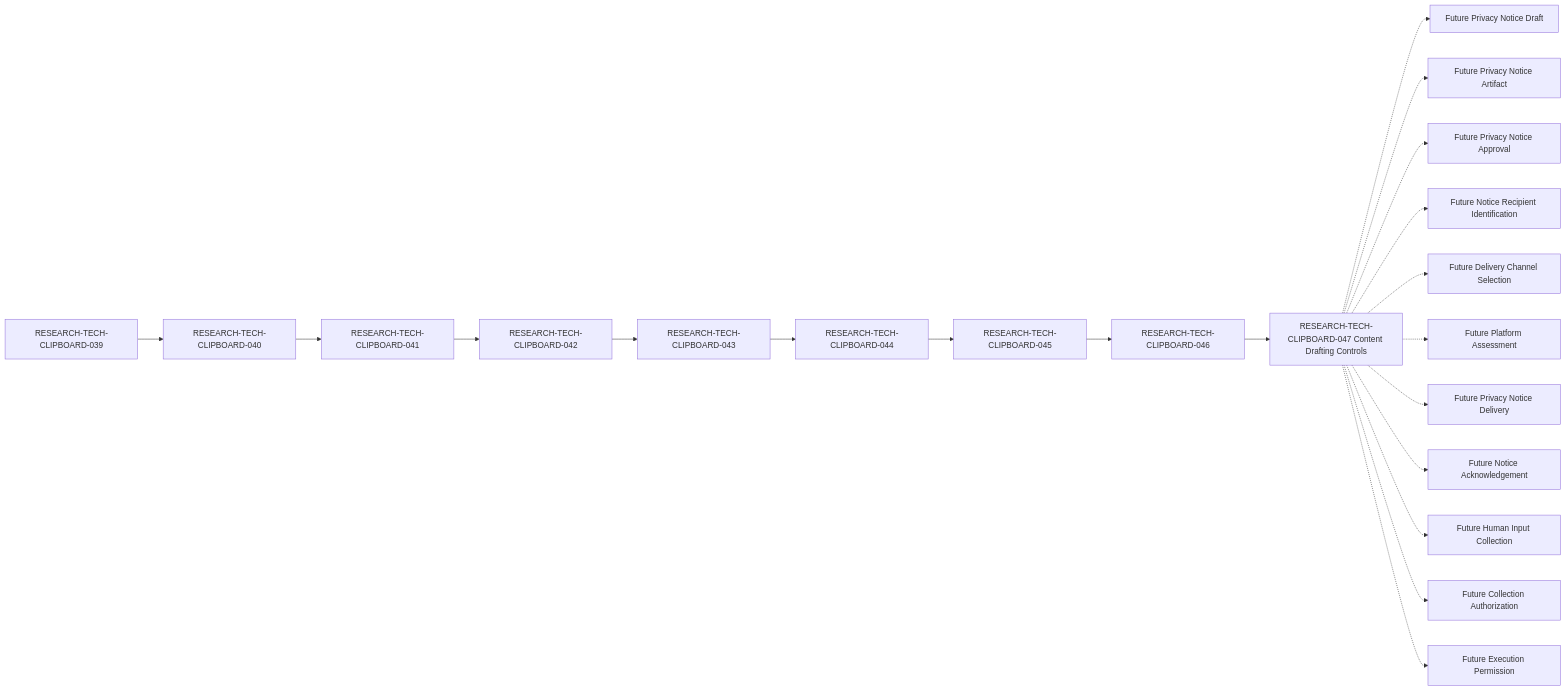
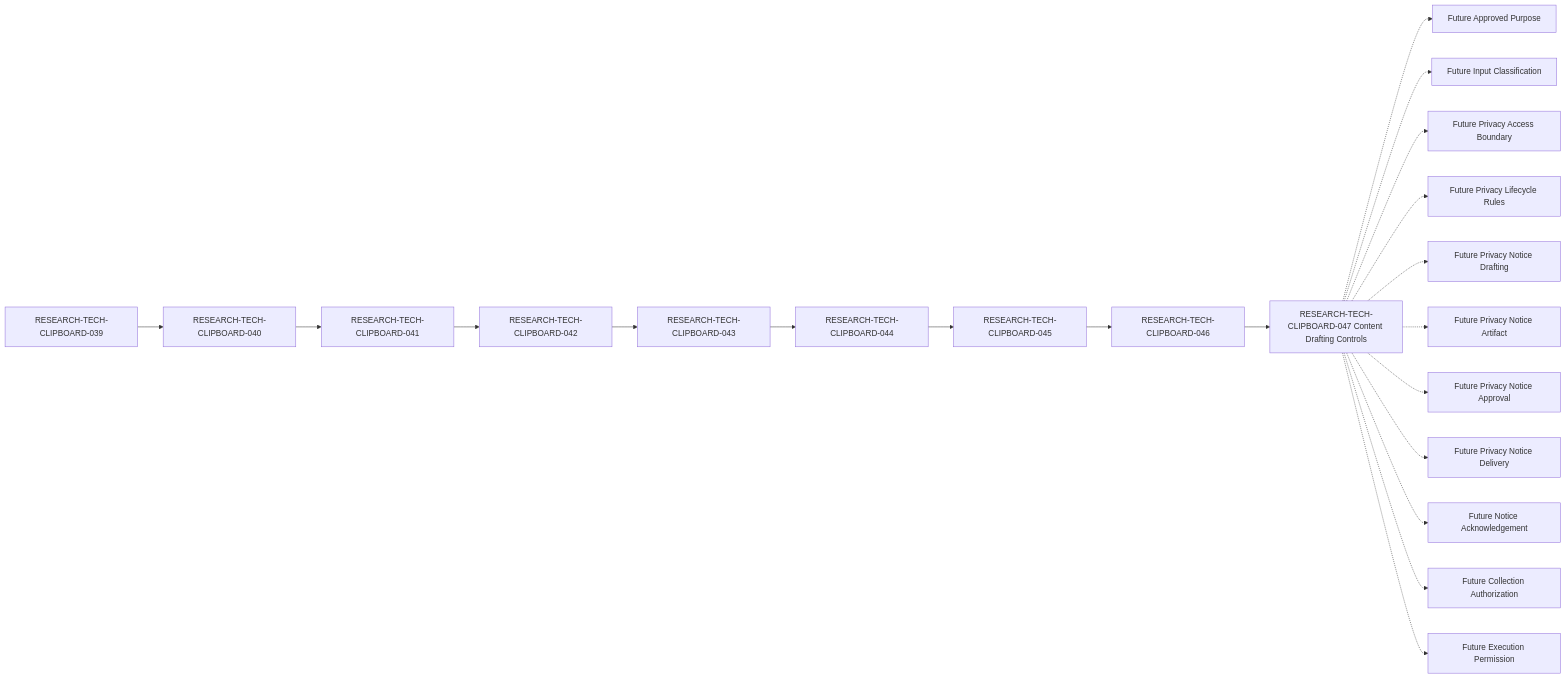
Before and after one commit to gn02033417/SnipPlus: the diagram in docs/Research/Technology/75-clipboard-integration-d1-privacy-notice-artifact-content-drafting-control-specification.md, drawn with Mermaid. The commit also changed other lines of this file, not shown here.

Commit message:
docs: correct drafting controls transitions and gates

````diff
--- a/docs/Research/Technology/75-clipboard-integration-d1-privacy-notice-artifact-content-drafting-control-specification.md
+++ b/docs/Research/Technology/75-clipboard-integration-d1-privacy-notice-artifact-content-drafting-control-specification.md
@@ -324,23 +327,23 @@
 ```mermaid
 flowchart LR
     R039["RESEARCH-TECH-CLIPBOARD-039"] --> R040["RESEARCH-TECH-CLIPBOARD-040"]
     R040 --> R041["RESEARCH-TECH-CLIPBOARD-041"]
     R041 --> R042["RESEARCH-TECH-CLIPBOARD-042"]
     R042 --> R043["RESEARCH-TECH-CLIPBOARD-043"]
     R043 --> R044["RESEARCH-TECH-CLIPBOARD-044"]
     R044 --> R045["RESEARCH-TECH-CLIPBOARD-045"]
     R045 --> R046["RESEARCH-TECH-CLIPBOARD-046"]
     R046 --> R047["RESEARCH-TECH-CLIPBOARD-047 Content Drafting Controls"]
 
-    R047 -.-> F1["Future Privacy Notice Draft"]
-    R047 -.-> F2["Future Privacy Notice Artifact"]
-    R047 -.-> F3["Future Privacy Notice Approval"]
-    R047 -.-> F4["Future Notice Recipient Identification"]
-    R047 -.-> F5["Future Delivery Channel Selection"]
-    R047 -.-> F6["Future Platform Assessment"]
-    R047 -.-> F7["Future Privacy Notice Delivery"]
-    R047 -.-> F8["Future Notice Acknowledgement"]
-    R047 -.-> F9["Future Human Input Collection"]
+    R047 -.-> F1["Future Approved Purpose"]
+    R047 -.-> F2["Future Input Classification"]
+    R047 -.-> F3["Future Privacy Access Boundary"]
+    R047 -.-> F4["Future Privacy Lifecycle Rules"]
+    R047 -.-> F5["Future Privacy Notice Drafting"]
+    R047 -.-> F6["Future Privacy Notice Artifact"]
+    R047 -.-> F7["Future Privacy Notice Approval"]
+    R047 -.-> F8["Future Privacy Notice Delivery"]
+    R047 -.-> F9["Future Notice Acknowledgement"]
     R047 -.-> F10["Future Collection Authorization"]
     R047 -.-> F11["Future Execution Permission"]
 ```
````
